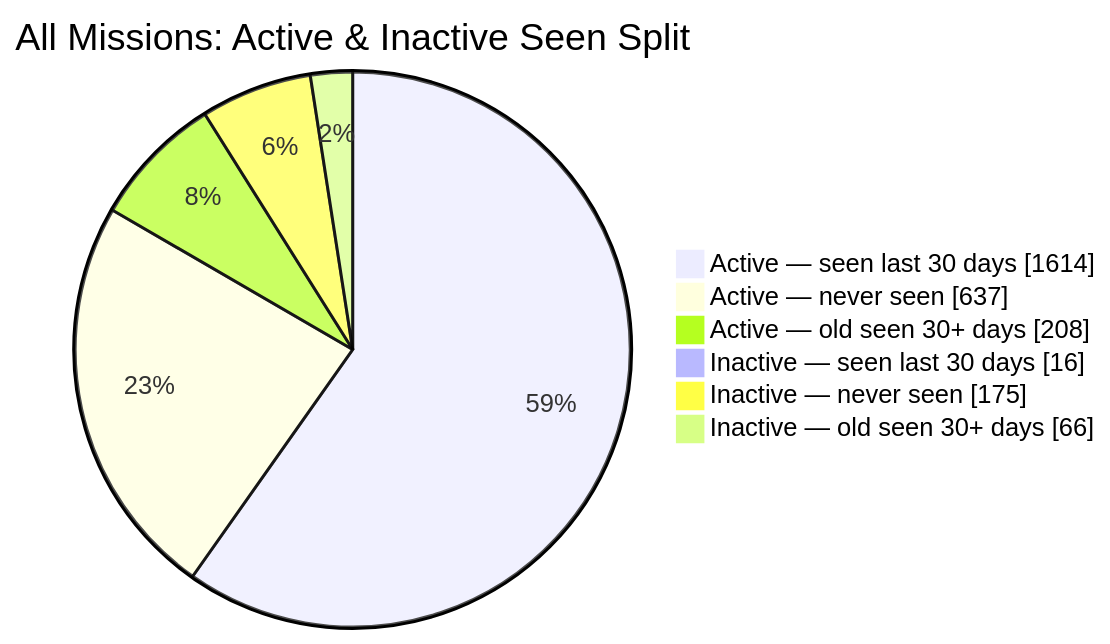
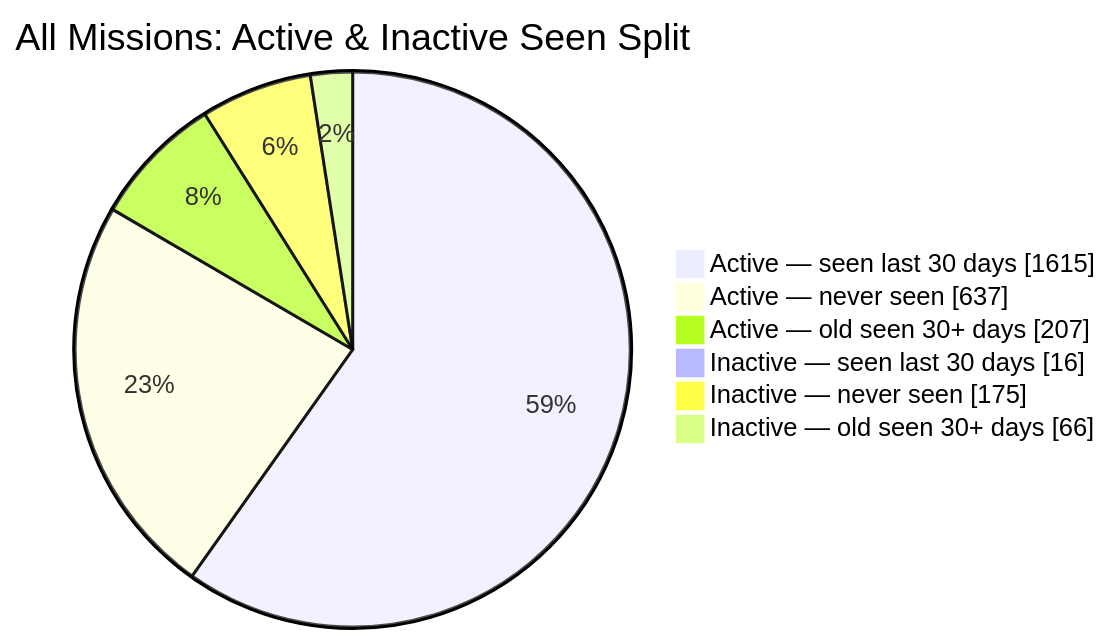
Before and after one commit to MeldkamerspelGameTeam/active-missions: the second of 2 diagrams in README.md, drawn with Mermaid. The commit also changed other lines of this file and 3 other files, not shown here.

````diff
--- a/README.md
+++ b/README.md
@@ -44,10 +44,10 @@
 ```mermaid
 pie showData
     title All Missions: Active & Inactive Seen Split
-    "Active — seen last 30 days" : 1614
+    "Active — seen last 30 days" : 1615
     "Active — never seen" : 637
-    "Active — old seen 30+ days" : 208
+    "Active — old seen 30+ days" : 207
     "Inactive — seen last 30 days" : 16
     "Inactive — never seen" : 175
     "Inactive — old seen 30+ days" : 66
 ```
````
